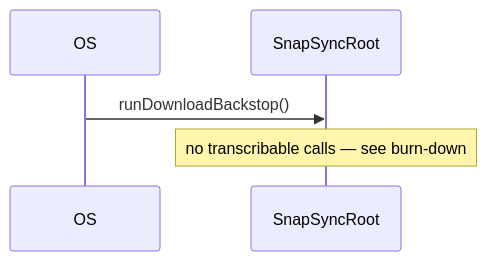
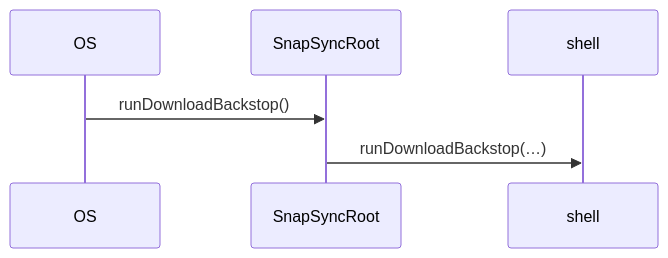
Before and after one commit to stefanhoelzl/SnapSync: the diagram in architecture/flows/runDownloadBackstop.md, drawn with Mermaid. The commit also changed other lines of this file and 65 other files, not shown here.

First line of the commit message:
feat(architecture): migration step 8 C3/3 — command bundle · rule sinks · the one-switch shell

````diff
--- a/architecture/flows/runDownloadBackstop.md
+++ b/architecture/flows/runDownloadBackstop.md
@@ -12,7 +12,8 @@
 ```mermaid
 sequenceDiagram
   participant OS
   participant SnapSyncRoot
+  participant shell
   OS->>SnapSyncRoot: runDownloadBackstop()
-  Note over SnapSyncRoot: no transcribable calls — see burn-down
+  SnapSyncRoot->>shell: runDownloadBackstop(…)
 ```
````
